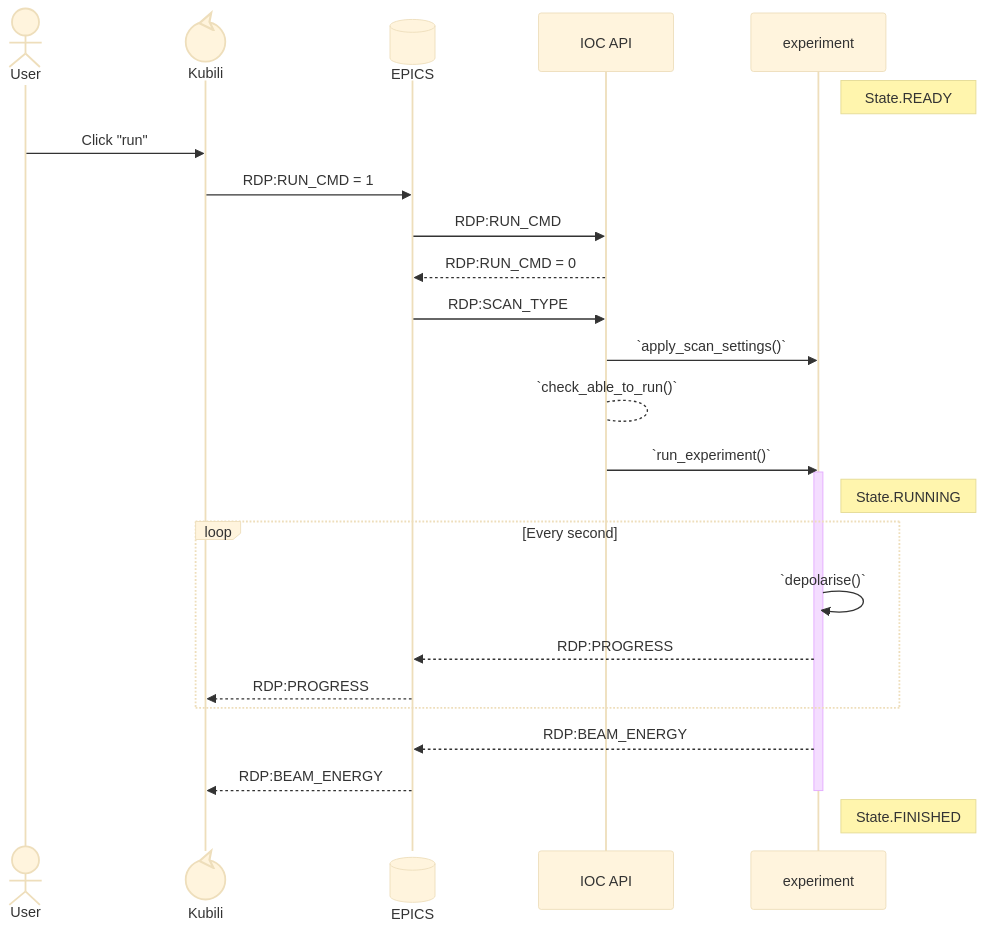
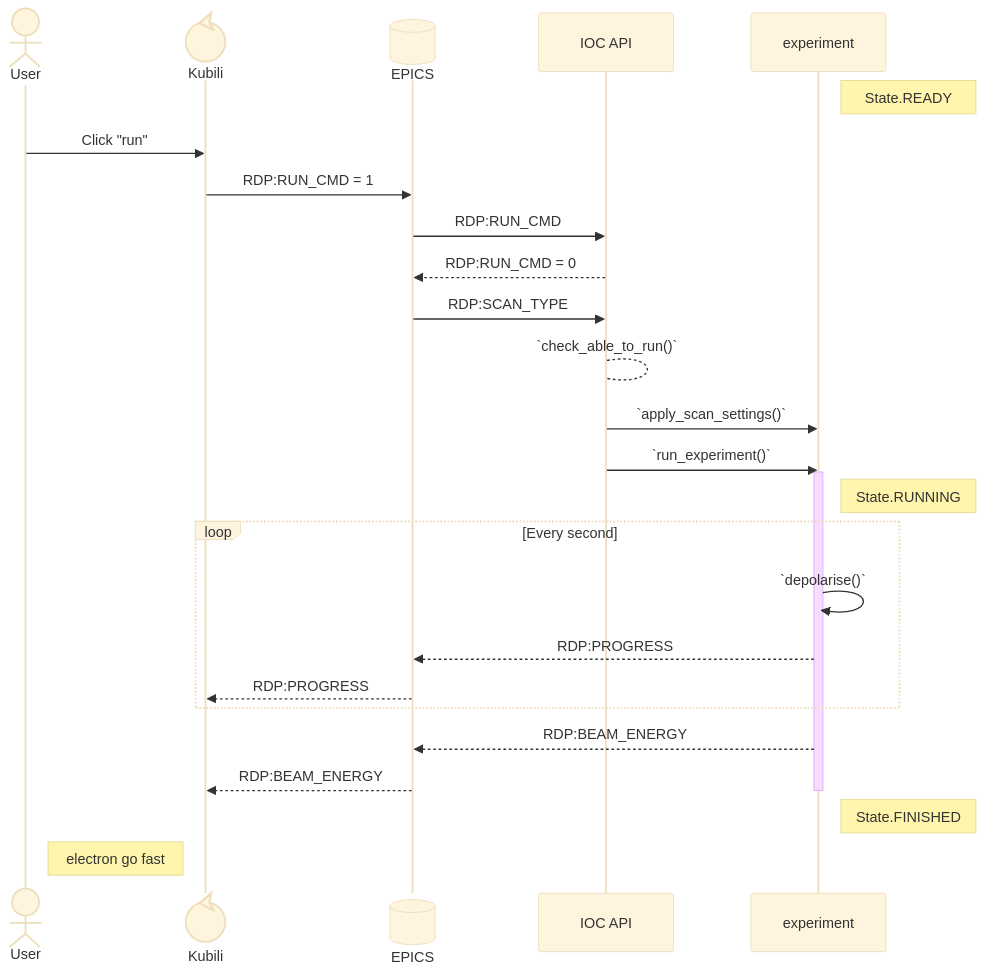
Before and after one commit to liamjwatson/resdep: the fourth of 4 diagrams in docs/code_base/workflow/ioc_api_workflow.md, drawn with Mermaid (base theme). The commit also changed other lines of this file and 19 other files, not shown here.

````diff
--- a/docs/code_base/workflow/ioc_api_workflow.md
+++ b/docs/code_base/workflow/ioc_api_workflow.md
@@ -42,28 +95,29 @@
 ``` mermaid 
 sequenceDiagram
     actor U as User
     participant K@{ "type" : "control" } as Kubili
     participant E@{ "type" : "database" } as EPICS
     participant A as IOC API
     participant R as experiment
     Note right of R: State.READY
     U->>K: Click "run"
     K->>E: RDP:RUN_CMD = 1
     E->>A: RDP:RUN_CMD 
     A-->>E: RDP:RUN_CMD = 0
     E->>A: RDP:SCAN_TYPE
+    A-->A: `check_able_to_run()`
     A->>R: `apply_scan_settings()`
-    A-->A: `check_able_to_run()`
     A->>R: `run_experiment()`
     activate R
     Note right of R: State.RUNNING
     loop Every second
         R->>R: `depolarise()`
         R-->>E: RDP:PROGRESS
         E-->>K: RDP:PROGRESS
     end
     R-->>E: RDP:BEAM_ENERGY
     E-->>K: RDP:BEAM_ENERGY
     deactivate R
     Note right of R: State.FINISHED
+    Note right of U: electron go fast
 ```
````
